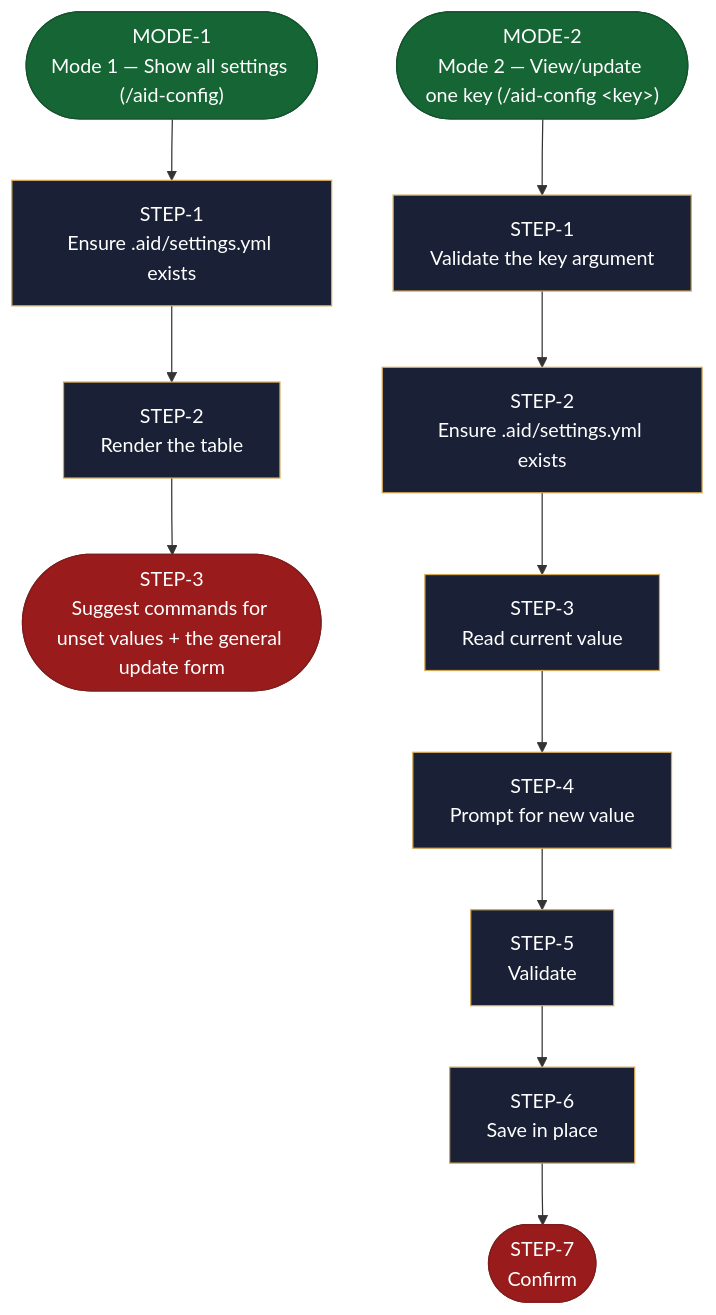
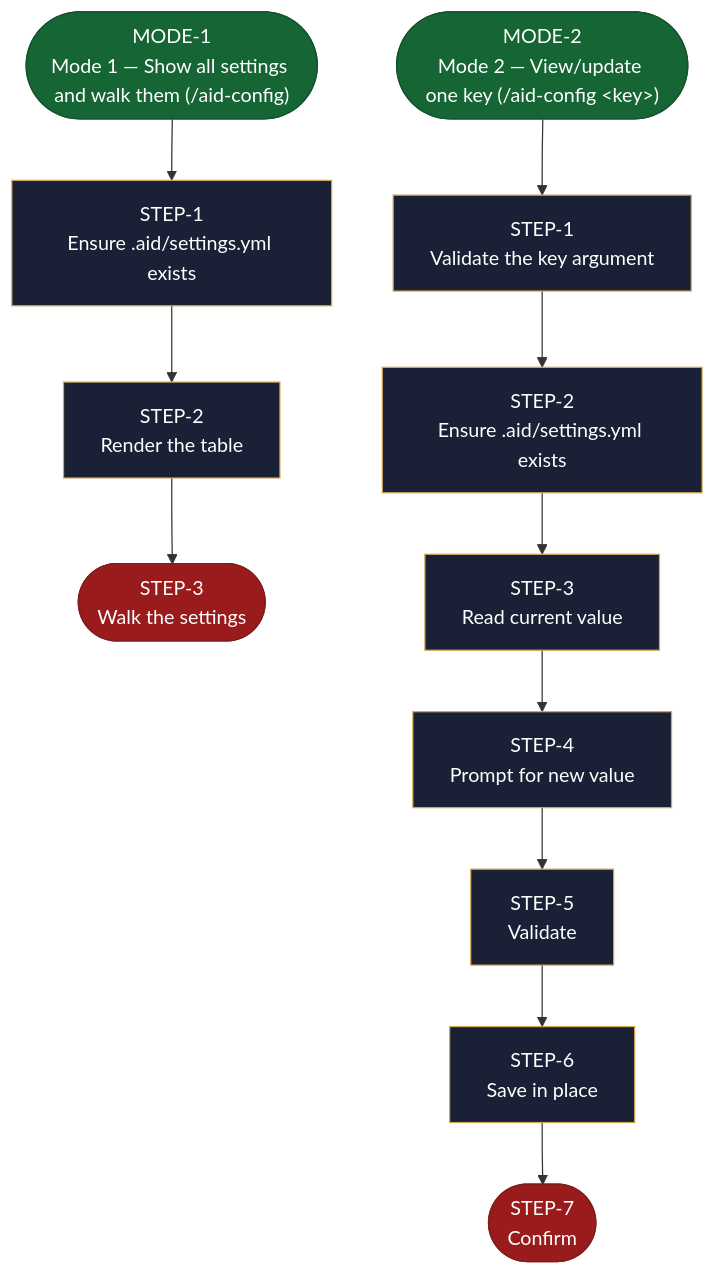
Before and after one commit to AndreVianna/aid-methodology: the diagram in site/src/content/docs/skills/aid-config.md, drawn with Mermaid. The commit also changed other lines of this file and 148 other files, not shown here.

````diff
--- a/site/src/content/docs/skills/aid-config.md
+++ b/site/src/content/docs/skills/aid-config.md
@@ -22,55 +22,55 @@
 ```mermaid
 flowchart TB
   classDef aidNode color:#fff
   classDef aidEntry fill:#166534,stroke:#14532d,color:#fff
   classDef aidExit fill:#991b1b,stroke:#7f1d1d,color:#fff
   classDef aidDecision fill:#92400e,stroke:#78350f,color:#fff
   classDef aidLoopBack fill:#1e3a8a,stroke:#1e3a8a,color:#fff
   classDef aidStep fill:#1a2035,stroke:#d4a853,color:#f1f5f9
-  n1(["MODE-1<br/>Mode 1 — Show all settings (/aid-config)"])
+  n1(["MODE-1<br/>Mode 1 — Show all settings and walk them (/aid-config)"])
   n2["STEP-1<br/>Ensure .aid/settings.yml exists"]
   n3["STEP-2<br/>Render the table"]
-  n4(["STEP-3<br/>Suggest commands for unset values + the general update form"])
+  n4(["STEP-3<br/>Walk the settings"])
   n5(["MODE-2<br/>Mode 2 — View/update one key (/aid-config &lt;key&gt;)"])
   n6["STEP-1<br/>Validate the key argument"]
   n7["STEP-2<br/>Ensure .aid/settings.yml exists"]
   n8["STEP-3<br/>Read current value"]
   n9["STEP-4<br/>Prompt for new value"]
   n10["STEP-5<br/>Validate"]
   n11["STEP-6<br/>Save in place"]
   n12(["STEP-7<br/>Confirm"])
   n1 --> n2
   n2 --> n3
   n3 --> n4
   n5 --> n6
   n6 --> n7
   n7 --> n8
   n8 --> n9
   n9 --> n10
   n10 --> n11
   n11 --> n12
   class n1 aidEntry
   class n2 aidStep
   class n3 aidStep
   class n4 aidExit
   class n5 aidEntry
   class n6 aidStep
   class n7 aidStep
   class n8 aidStep
   class n9 aidStep
   class n10 aidStep
   class n11 aidStep
   class n12 aidExit
   class n1 aidNode
   class n2 aidNode
   class n3 aidNode
   class n4 aidNode
   class n5 aidNode
   class n6 aidNode
   class n7 aidNode
   class n8 aidNode
   class n9 aidNode
   class n10 aidNode
   class n11 aidNode
   class n12 aidNode
 ```
````
